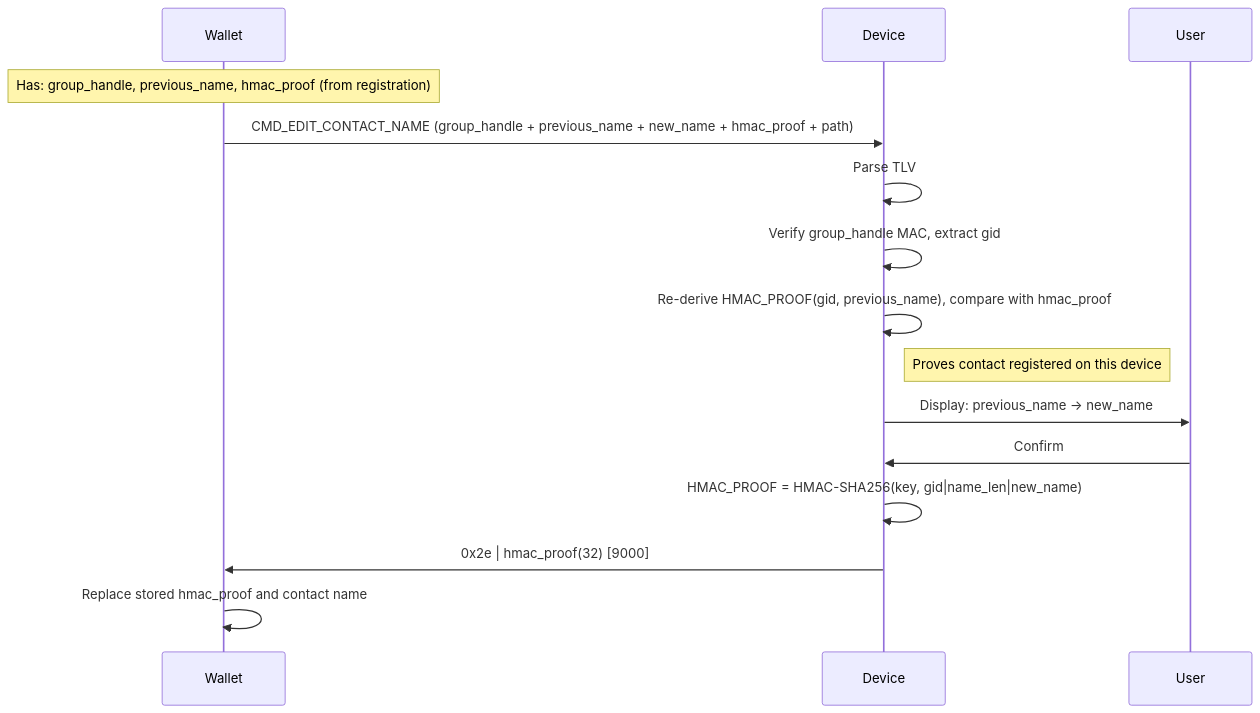
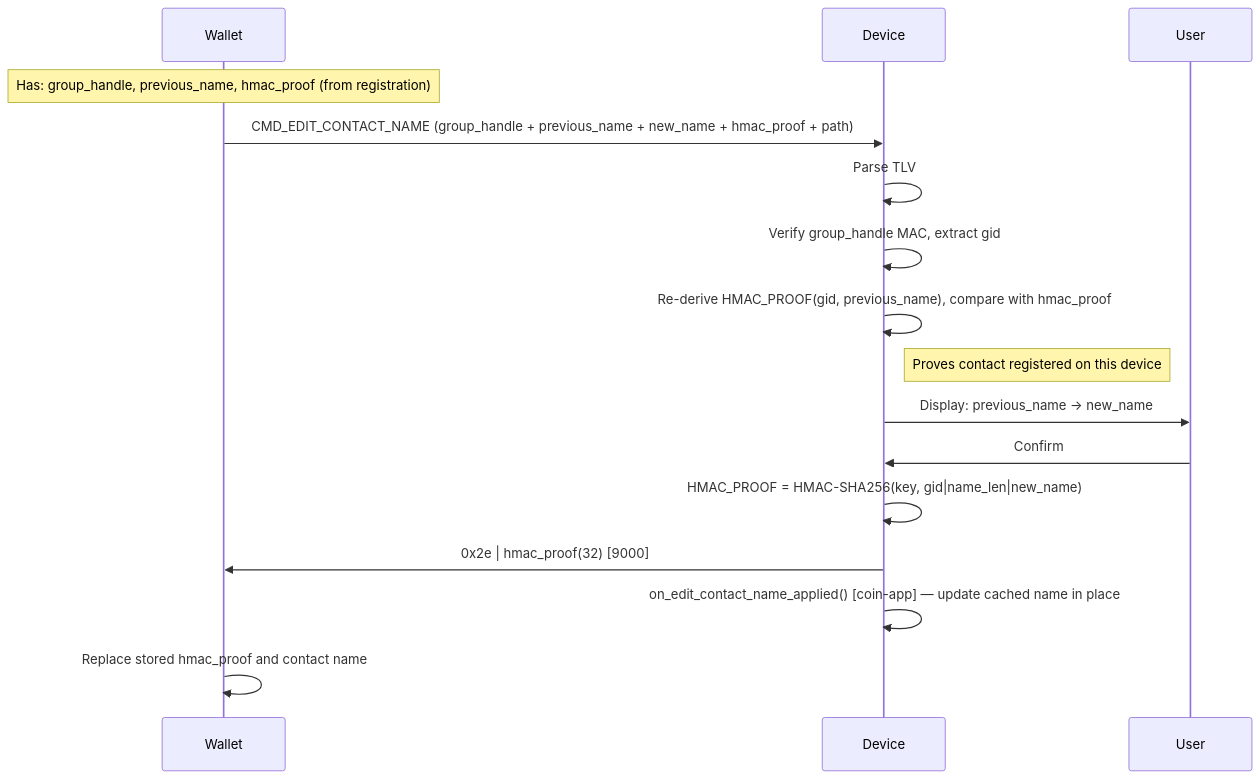
Before and after one commit to LedgerHQ/ledger-secure-sdk: the fourth of 10 diagrams in app_features/address_book/doc/address_book_spec.md, drawn with Mermaid. The commit also changed other lines of this file, not shown here.

````diff
--- a/app_features/address_book/doc/address_book_spec.md
+++ b/app_features/address_book/doc/address_book_spec.md
@@ -355,18 +352,16 @@
 ```mermaid
 sequenceDiagram
-    participant W as Wallet
-    participant D as Device
-    participant U as User
 
-    Note over W: Has: group_handle, previous_name, hmac_proof (from registration)
-    W->>D: CMD_EDIT_CONTACT_NAME (group_handle + previous_name + new_name + hmac_proof + path)
-    D->>D: Parse TLV
-    D->>D: Verify group_handle MAC, extract gid
-    D->>D: Re-derive HMAC_PROOF(gid, previous_name), compare with hmac_proof
-    Note right of D: Proves contact registered on this device
-    D->>U: Display: previous_name → new_name
-    U->>D: Confirm
-    D->>D: HMAC_PROOF = HMAC-SHA256(key, gid|name_len|new_name)
-    D->>W: 0x2e | hmac_proof(32)  [9000]
-    W->>W: Replace stored hmac_proof and contact name
+    Note over Wallet: Has: group_handle, previous_name, hmac_proof (from registration)
+    Wallet->>Device: CMD_EDIT_CONTACT_NAME (group_handle + previous_name + new_name + hmac_proof + path)
+    Device->>Device: Parse TLV
+    Device->>Device: Verify group_handle MAC, extract gid
+    Device->>Device: Re-derive HMAC_PROOF(gid, previous_name), compare with hmac_proof
+    Note right of Device: Proves contact registered on this device
+    Device->>User: Display: previous_name → new_name
+    User->>Device: Confirm
+    Device->>Device: HMAC_PROOF = HMAC-SHA256(key, gid|name_len|new_name)
+    Device->>Wallet: 0x2e | hmac_proof(32)  [9000]
+    Device->>Device: on_edit_contact_name_applied() [coin-app] — update cached name in place
+    Wallet->>Wallet: Replace stored hmac_proof and contact name
 ```
````
